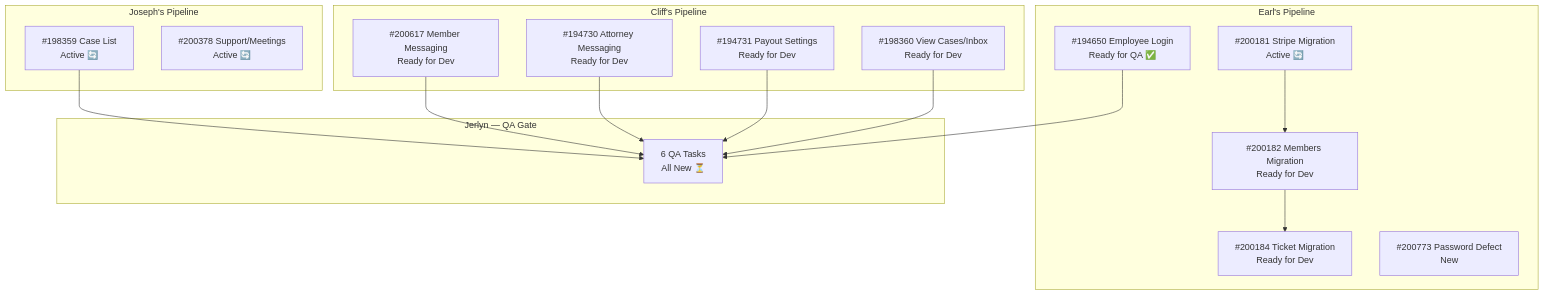
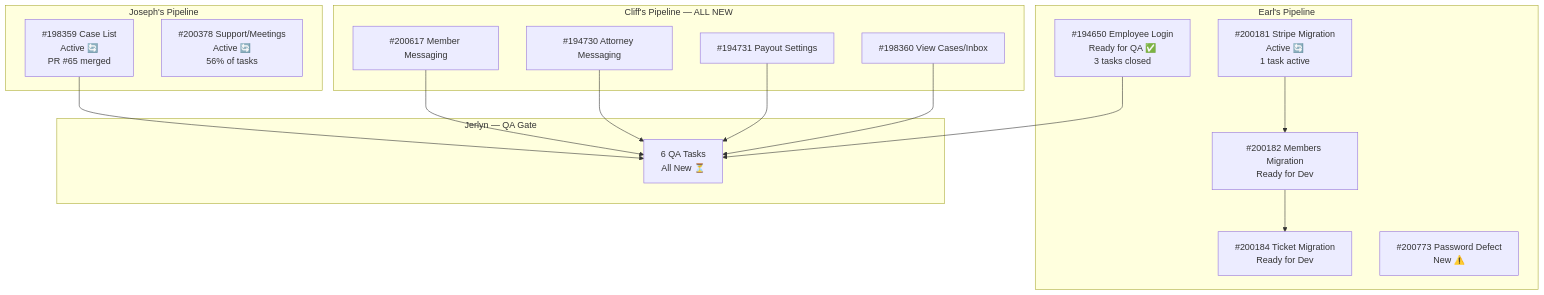
Before and after one commit to jairosoft-com/iteration_audi: the ninth of 13 diagrams in git_aa_dev/audit/AUDIT_2026-03-10_202500.md, drawn with Mermaid. The commit also changed other lines of this file and 3 other files, not shown here.

````diff
--- a/git_aa_dev/audit/AUDIT_2026-03-10_202500.md
+++ b/git_aa_dev/audit/AUDIT_2026-03-10_202500.md
@@ -210,31 +351,31 @@
 ```mermaid
 graph TD
     subgraph "Earl's Pipeline"
-        E_US["#194650 Employee Login<br/>Ready for QA ✅"]
-        E_EN1["#200181 Stripe Migration<br/>Active 🔄"]
+        E_US["#194650 Employee Login<br/>Ready for QA ✅<br/>3 tasks closed"]
+        E_EN1["#200181 Stripe Migration<br/>Active 🔄<br/>1 task active"]
         E_EN2["#200182 Members Migration<br/>Ready for Dev"]
         E_EN3["#200184 Ticket Migration<br/>Ready for Dev"]
-        E_DEF["#200773 Password Defect<br/>New"]
+        E_DEF["#200773 Password Defect<br/>New ⚠️"]
         E_EN1 --> E_EN2
         E_EN2 --> E_EN3
     end
     subgraph "Joseph's Pipeline"
-        J_US["#198359 Case List<br/>Active 🔄"]
-        J_SP["#200378 Support/Meetings<br/>Active 🔄"]
+        J_US["#198359 Case List<br/>Active 🔄<br/>PR #65 merged"]
+        J_SP["#200378 Support/Meetings<br/>Active 🔄<br/>56% of tasks"]
     end
-    subgraph "Cliff's Pipeline"
-        C_US1["#200617 Member Messaging<br/>Ready for Dev"]
-        C_US2["#194730 Attorney Messaging<br/>Ready for Dev"]
-        C_US3["#194731 Payout Settings<br/>Ready for Dev"]
-        C_US4["#198360 View Cases/Inbox<br/>Ready for Dev"]
+    subgraph "Cliff's Pipeline — ALL NEW"
+        C_US1["#200617 Member Messaging"]
+        C_US2["#194730 Attorney Messaging"]
+        C_US3["#194731 Payout Settings"]
+        C_US4["#198360 View Cases/Inbox"]
     end
     subgraph "Jerlyn — QA Gate"
         QA["6 QA Tasks<br/>All New ⏳"]
     end
     E_US --> QA
     J_US --> QA
     C_US1 --> QA
     C_US2 --> QA
     C_US3 --> QA
     C_US4 --> QA
 ```
````
